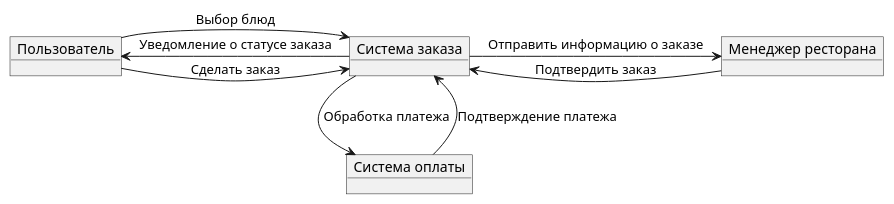
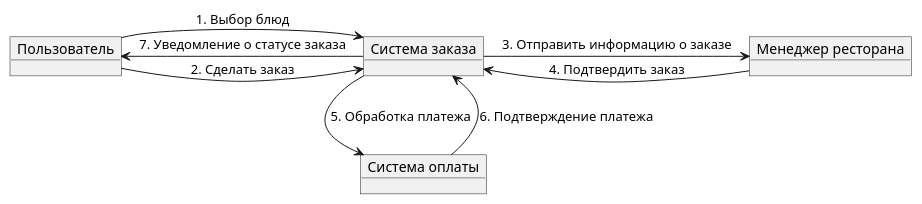
One commit to Towich/PlantUML changed the diagram in Restaurant/cooperation.wsd. Above: the diagram before and after it, drawn with PlantUML. The commit also changed 2 other files, not shown here.

Commit message:
Improved class diagram

```diff
--- a/Restaurant/cooperation.wsd
+++ b/Restaurant/cooperation.wsd
@@ -1,15 +1,15 @@
 @startuml
 object "Пользователь" as User
 object "Система заказа" as OrderSystem
 object "Менеджер ресторана" as RestaurantManager
 object "Система оплаты" as PaymentSystem
 
-User -> OrderSystem : Выбор блюд
-User --> OrderSystem : Сделать заказ
-OrderSystem --> RestaurantManager : Отправить информацию о заказе
-RestaurantManager -> OrderSystem : Подтвердить заказ
-OrderSystem --> PaymentSystem : Обработка платежа
-PaymentSystem --> OrderSystem : Подтверждение платежа
-OrderSystem --> User : Уведомление о статусе заказа
+User -> OrderSystem : 1. Выбор блюд
+User --> OrderSystem : 2. Сделать заказ
+OrderSystem --> RestaurantManager : 3. Отправить информацию о заказе
+RestaurantManager -> OrderSystem : 4. Подтвердить заказ
+OrderSystem --> PaymentSystem : 5. Обработка платежа
+PaymentSystem --> OrderSystem : 6. Подтверждение платежа
+OrderSystem --> User : 7. Уведомление о статусе заказа
 
 @enduml
```
